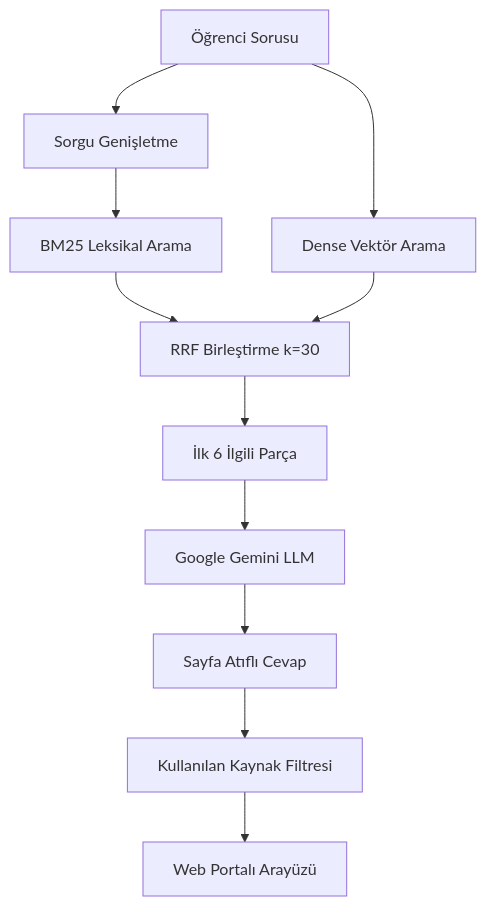
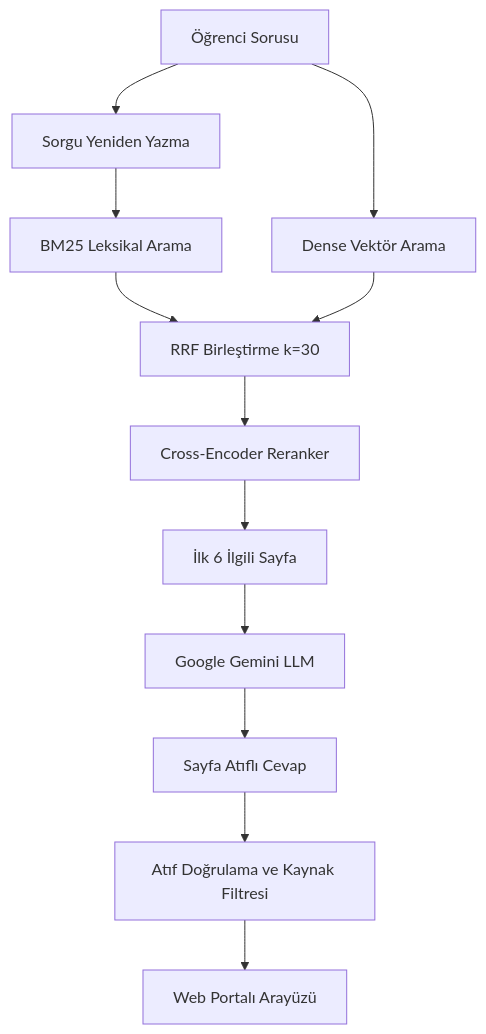
One commit to erimlers/kayu-rag changed the diagram in README.md. Above: the diagram before and after it, drawn with Mermaid. The commit also changed other lines of this file and 8 other files, not shown here.

Commit message:
Faz 6: Madde-duyarlı parçalama, Cross-Encoder reranker, atıf doğrulama ve benchmark güncellemesi

````diff
--- a/README.md
+++ b/README.md
@@ -56,17 +56,18 @@
 ```mermaid
 flowchart TD
-    A[Öğrenci Sorusu] --> B[Sorgu Genişletme]
+    A[Öğrenci Sorusu] --> B[Sorgu Yeniden Yazma]
     
     B --> C[BM25 Leksikal Arama]
     A --> D[Dense Vektör Arama]
     
     C --> E[RRF Birleştirme k=30]
     D --> E
     
-    E --> F[İlk 6 İlgili Parça]
-    F --> G[Google Gemini LLM]
+    E --> F[Cross-Encoder Reranker]
+    F --> G[İlk 6 İlgili Sayfa]
+    G --> H[Google Gemini LLM]
     
-    G --> H[Sayfa Atıflı Cevap]
-    H --> I[Kullanılan Kaynak Filtresi]
-    I --> J[Web Portalı Arayüzü]
+    H --> I[Sayfa Atıflı Cevap]
+    I --> J[Atıf Doğrulama ve Kaynak Filtresi]
+    J --> K[Web Portalı Arayüzü]
 ```
````
